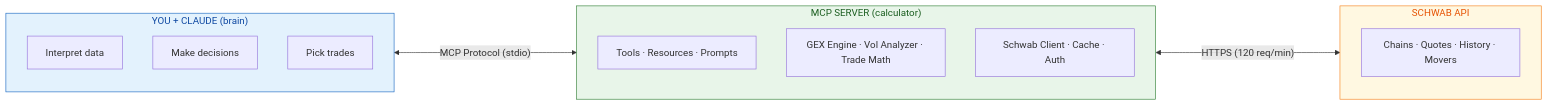
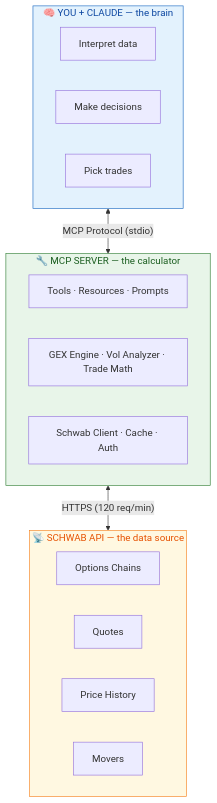
One commit to nsnguyen/thinkorswim_local_mcp changed the first of 10 diagrams in docs/ARCHITECTURE.md. Above: the diagram before and after it, drawn with Mermaid.

Commit message:
Change high-level diagram to top-down layout

````diff
--- a/docs/ARCHITECTURE.md
+++ b/docs/ARCHITECTURE.md
@@ -74,28 +74,32 @@
 ```mermaid
-graph LR
-    subgraph User["YOU + CLAUDE (brain)"]
-        direction TB
+graph TB
+    subgraph User["🧠 YOU + CLAUDE — the brain"]
+        direction LR
         U1["Interpret data"]
         U2["Make decisions"]
         U3["Pick trades"]
     end
 
-    subgraph MCP["MCP SERVER (calculator)"]
-        direction TB
+    User <-->|"MCP Protocol (stdio)"| MCP
+
+    subgraph MCP["🔧 MCP SERVER — the calculator"]
+        direction LR
         M1["Tools · Resources · Prompts"]
         M2["GEX Engine · Vol Analyzer · Trade Math"]
         M3["Schwab Client · Cache · Auth"]
     end
 
-    subgraph API["SCHWAB API"]
-        direction TB
-        A1["Chains · Quotes · History · Movers"]
+    MCP <-->|"HTTPS (120 req/min)"| API
+
+    subgraph API["📡 SCHWAB API — the data source"]
+        direction LR
+        A1["Options Chains"]
+        A2["Quotes"]
+        A3["Price History"]
+        A4["Movers"]
     end
-
-    User <---->|"MCP Protocol (stdio)"| MCP
-    MCP <---->|"HTTPS (120 req/min)"| API
 
     style User fill:#e3f2fd,stroke:#1565c0,color:#0d47a1
     style MCP fill:#e8f5e9,stroke:#2e7d32,color:#1b5e20
     style API fill:#fff8e1,stroke:#f57f17,color:#e65100
 ```
````
